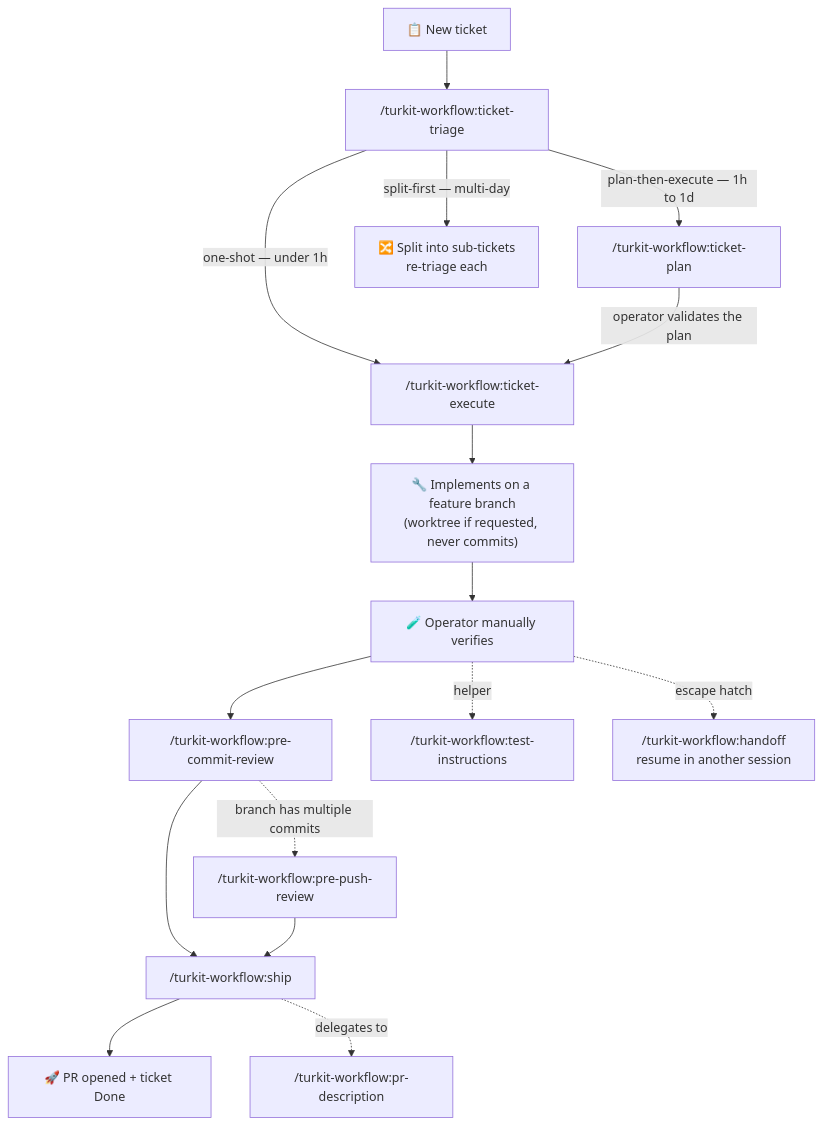
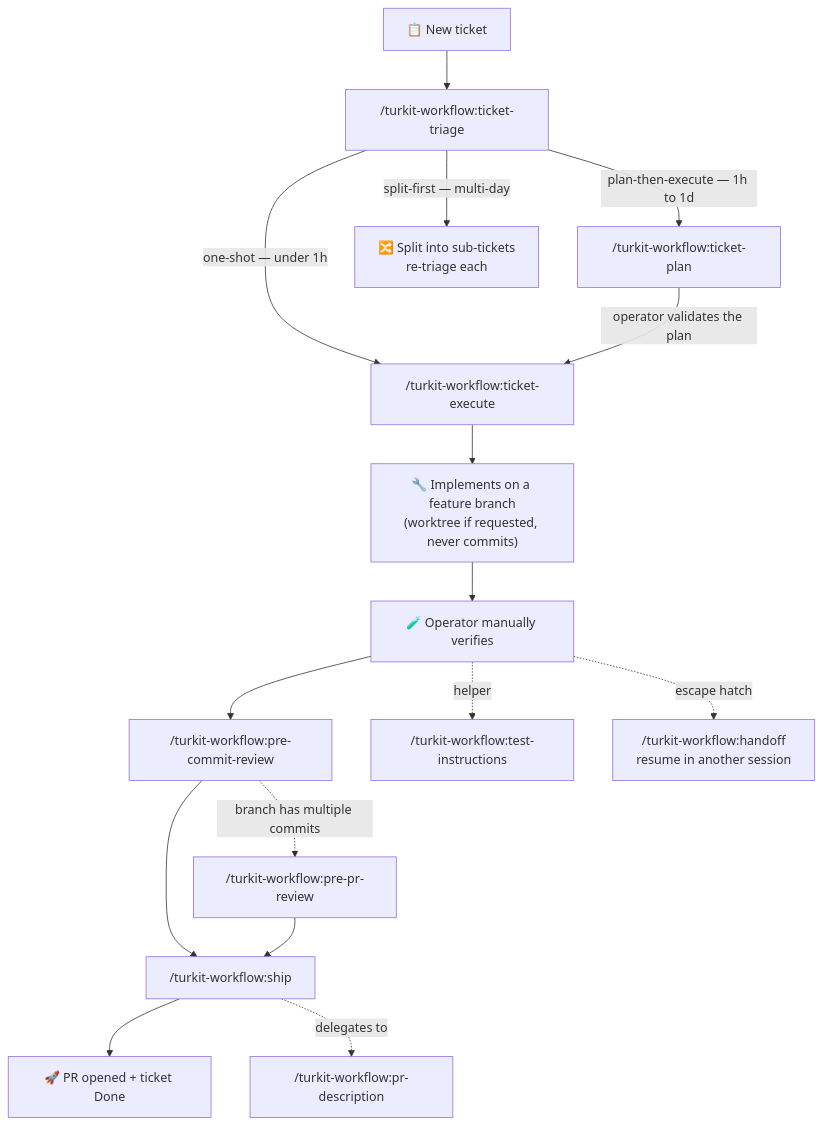
One commit to alimtunc/turkit changed the diagram in README.md. Above: the diagram before and after it, drawn with Mermaid. The commit also changed other lines of this file and 18 other files, not shown here.

Commit message:
feat: strengthen review workflow skills

````diff
--- a/README.md
+++ b/README.md
@@ -28,22 +28,22 @@
 ```mermaid
 flowchart TD
     A["📋 New ticket"] --> T["/turkit-workflow:ticket-triage"]
 
     T -->|"one-shot — under 1h"| E["/turkit-workflow:ticket-execute"]
     T -->|"plan-then-execute — 1h to 1d"| P["/turkit-workflow:ticket-plan"]
     T -->|"split-first — multi-day"| S["🔀 Split into sub-tickets<br/>re-triage each"]
 
     P -->|"operator validates the plan"| E
     E --> W["🔧 Implements on a feature branch<br/>(worktree if requested, never commits)"]
     W --> V["🧪 Operator manually verifies"]
 
     V --> PCR["/turkit-workflow:pre-commit-review"]
-    PCR -. "branch has multiple commits" .-> PPR["/turkit-workflow:pre-push-review"]
+    PCR -. "branch has multiple commits" .-> PPR["/turkit-workflow:pre-pr-review"]
     PCR --> SHIP["/turkit-workflow:ship"]
     PPR --> SHIP
     SHIP --> DONE["🚀 PR opened + ticket Done"]
 
     V -. "helper" .-> TI["/turkit-workflow:test-instructions"]
     SHIP -. "delegates to" .-> PRD["/turkit-workflow:pr-description"]
     V -. "escape hatch" .-> HO["/turkit-workflow:handoff<br/>resume in another session"]
 ```
````
